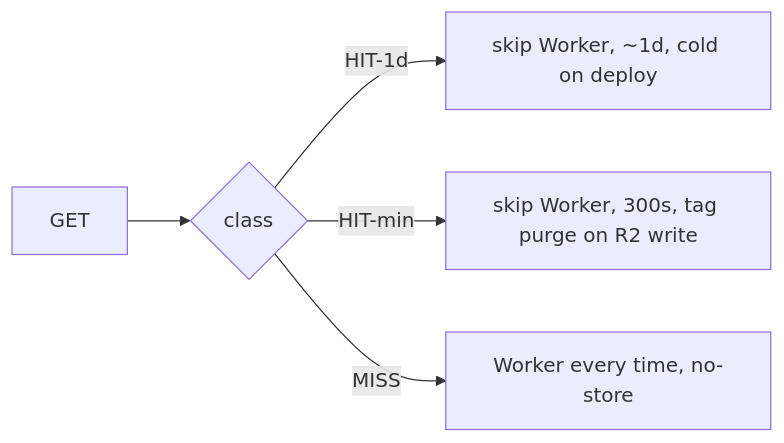
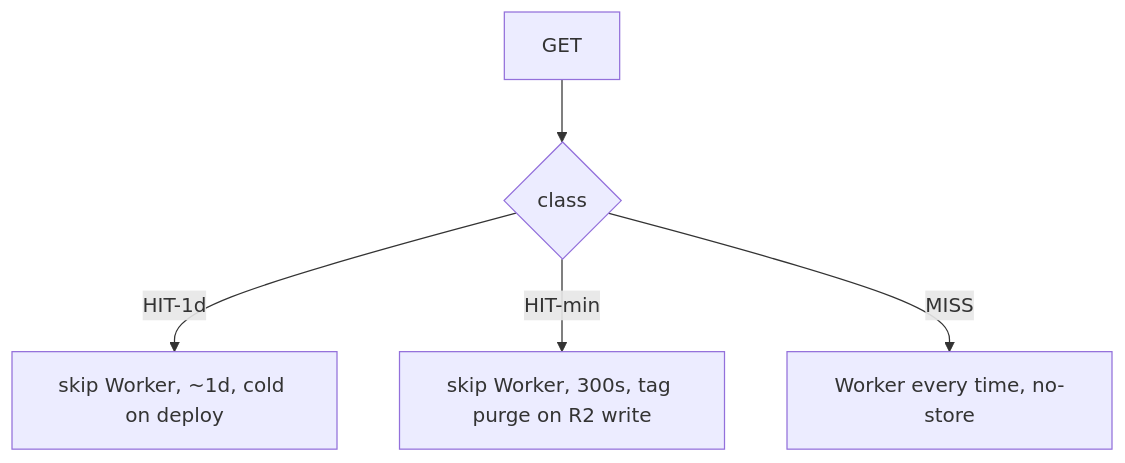
Before and after one commit to brettdavies/agentnative-site: the first of 3 diagrams in docs/plans/2026-08-25-1613-feat-edge-hit-restore-plan.md, drawn with Mermaid. The commit also changed other lines of this file, not shown here.

````diff
--- a/docs/plans/2026-08-25-1613-feat-edge-hit-restore-plan.md
+++ b/docs/plans/2026-08-25-1613-feat-edge-hit-restore-plan.md
@@ -104,7 +140,7 @@
 ```mermaid
-flowchart LR
+flowchart TB
   req[GET] --> cls{class}
   cls -->|HIT-1d| d[skip Worker, ~1d, cold on deploy]
   cls -->|HIT-min| m[skip Worker, 300s, tag purge on R2 write]
   cls -->|MISS| n[Worker every time, no-store]
 ```
````
